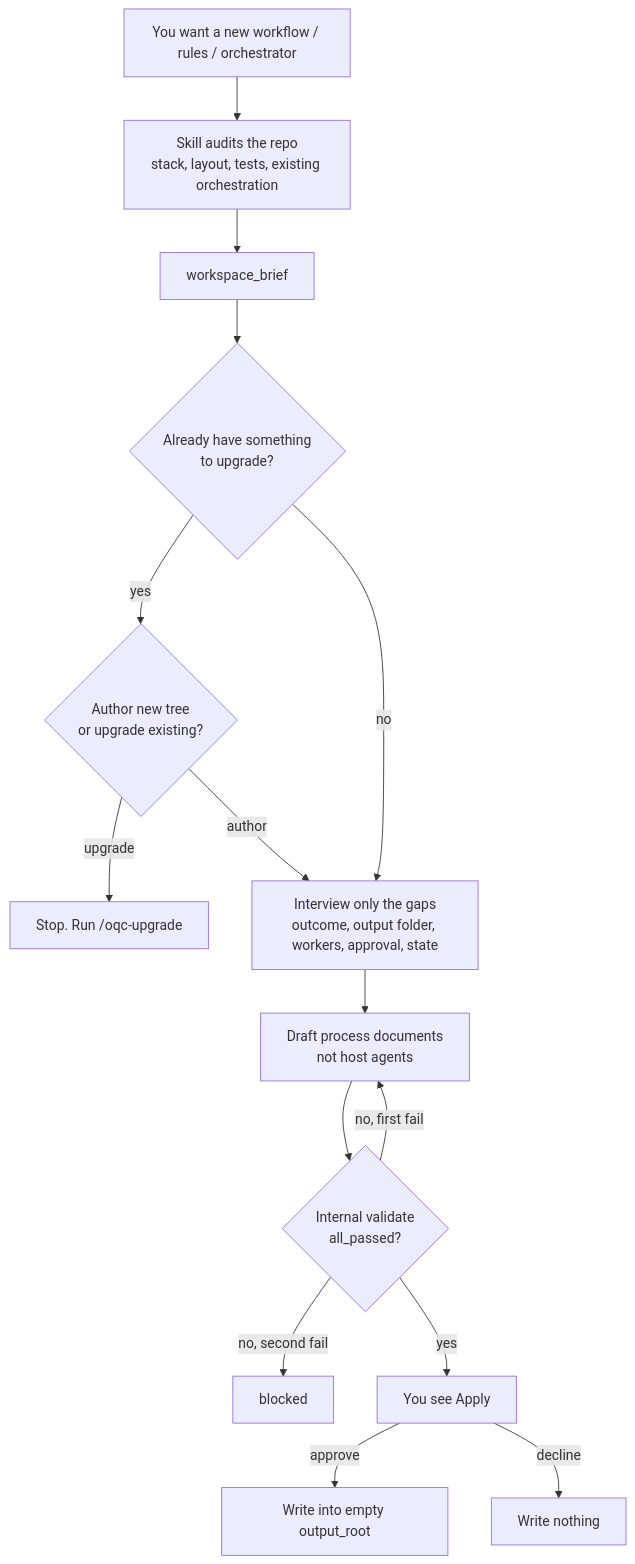
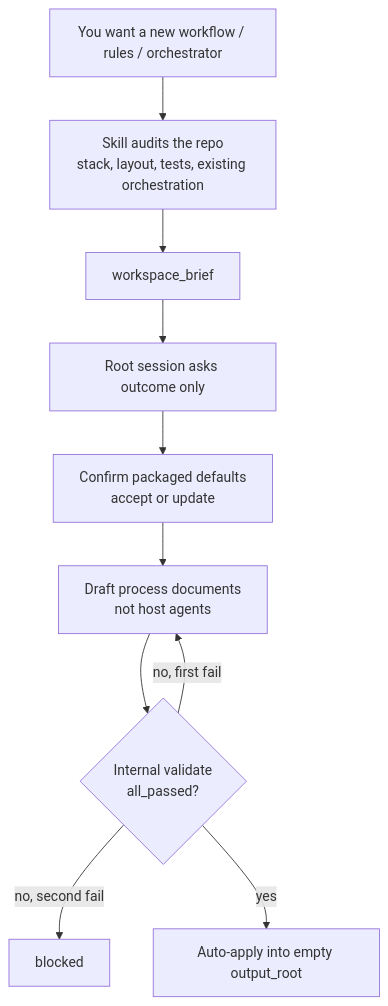
Before and after one commit to theocarranza/orchestration-quality-control-agnostic: the first of 2 diagrams in docs/authoring.md, drawn with Mermaid. The commit also changed other lines of this file and 23 other files, not shown here.

First line of the commit message:
feat: ship 3.2.0 auto-continue with packaged gate defaults

````diff
--- a/docs/authoring.md
+++ b/docs/authoring.md
@@ -8,17 +8,12 @@
 ```mermaid
 flowchart TD
   START["You want a new workflow / rules / orchestrator"] --> AUDIT["Skill audits the repo<br/>stack, layout, tests, existing orchestration"]
   AUDIT --> BRIEF["workspace_brief"]
-  BRIEF --> ASK{"Already have something<br/>to upgrade?"}
-  ASK -->|yes| FORK{"Author new tree<br/>or upgrade existing?"}
-  FORK -->|upgrade| UP["Stop. Run /oqc-upgrade"]
-  FORK -->|author| INT
-  ASK -->|no| INT["Interview only the gaps<br/>outcome, output folder, workers, approval, state"]
-  INT --> DRAFT["Draft process documents<br/>not host agents"]
+  BRIEF --> OUT["Root session asks outcome only"]
+  OUT --> DEF["Confirm packaged defaults<br/>accept or update"]
+  DEF --> DRAFT["Draft process documents<br/>not host agents"]
   DRAFT --> QC{"Internal validate<br/>all_passed?"}
   QC -->|no, first fail| DRAFT
   QC -->|no, second fail| BLOCK["blocked"]
-  QC -->|yes| PEND["You see Apply"]
-  PEND -->|approve| WRITE["Write into empty output_root"]
-  PEND -->|decline| NONE["Write nothing"]
+  QC -->|yes| AUTO["Auto-apply into empty output_root"]
 ```
````
